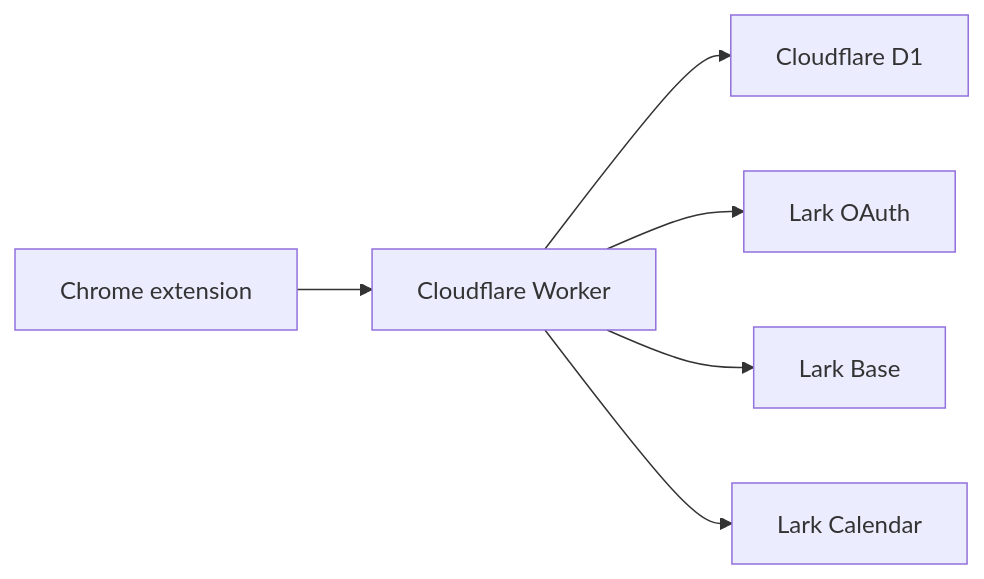
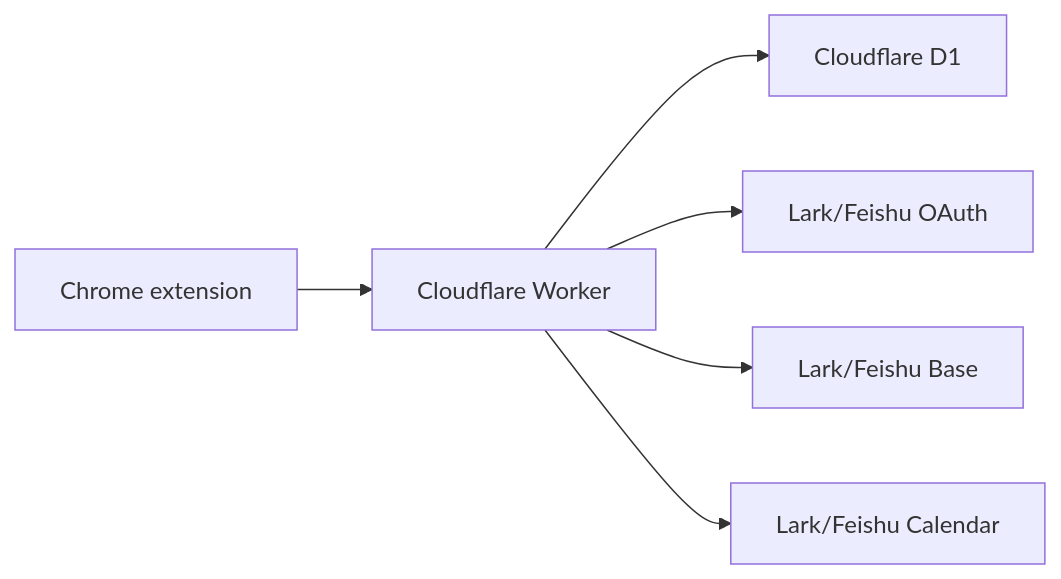
Before and after one commit to alanzeng423/reading-block-lark-cloud: the diagram in README.md, drawn with Mermaid. The commit also changed other lines of this file and 11 other files, not shown here.

Commit message:
Clarify Lark and Feishu setup support

````diff
--- a/README.md
+++ b/README.md
@@ -19,8 +19,8 @@
 ```mermaid
 flowchart LR
   Chrome["Chrome extension"] --> Worker["Cloudflare Worker"]
   Worker --> D1["Cloudflare D1"]
-  Worker --> LarkOAuth["Lark OAuth"]
-  Worker --> Base["Lark Base"]
-  Worker --> Calendar["Lark Calendar"]
+  Worker --> LarkOAuth["Lark/Feishu OAuth"]
+  Worker --> Base["Lark/Feishu Base"]
+  Worker --> Calendar["Lark/Feishu Calendar"]
 ```
````
